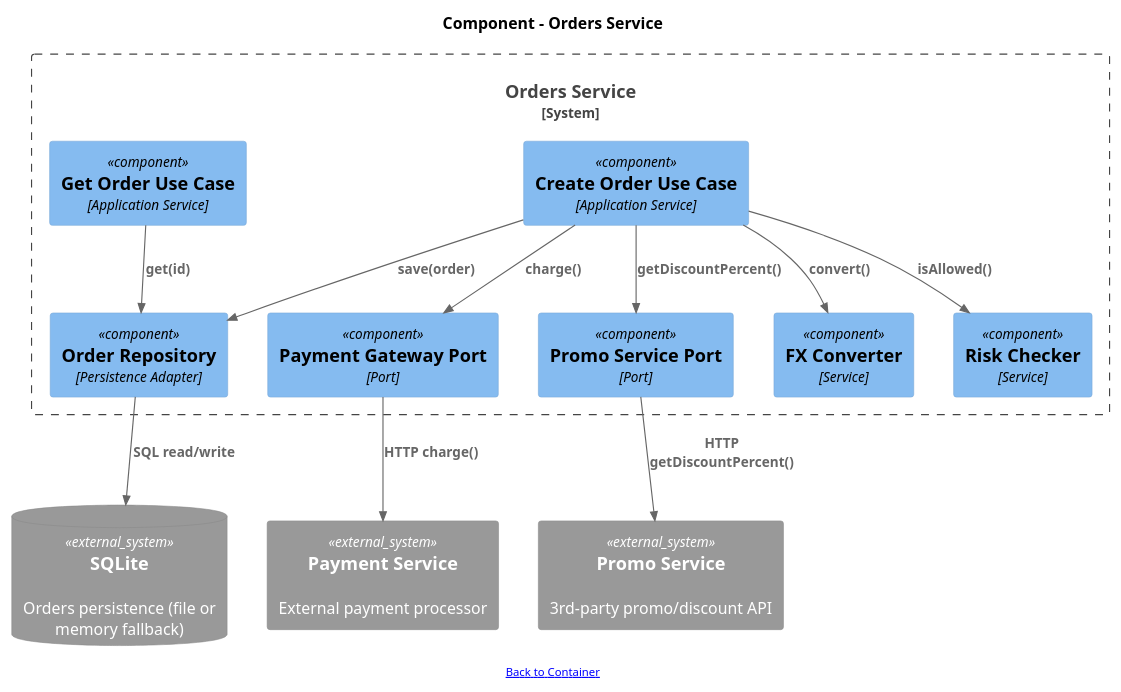
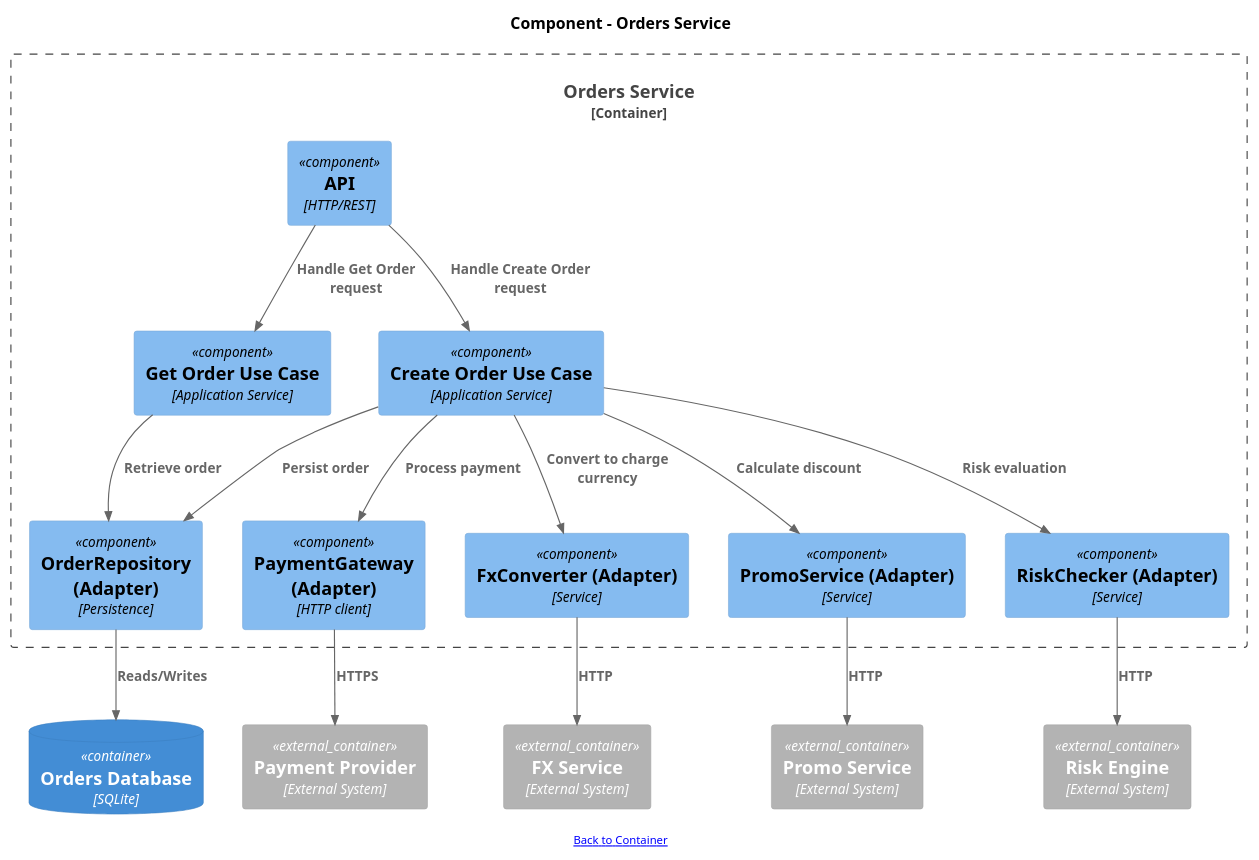
One commit to mundiir/meetup-2025-orders-service changed the diagram in docs/c4-component.puml. Above: the diagram before and after it, drawn with PlantUML. The commit also changed 4 other files, not shown here.

```diff
--- a/docs/c4-component.puml
+++ b/docs/c4-component.puml
@@ -1,37 +1,44 @@
 @startuml
 !includeurl https://raw.githubusercontent.com/plantuml-stdlib/C4-PlantUML/master/C4_Context.puml
 !includeurl https://raw.githubusercontent.com/plantuml-stdlib/C4-PlantUML/master/C4_Component.puml
 
 LAYOUT_TOP_DOWN()
 
 title Component - Orders Service
 
-System_Boundary(orders_sys, "Orders Service") {
-  Component(orders_create, "Create Order Use Case", "Application Service", $link="sequence-create-order.svg")
-  Component(orders_get, "Get Order Use Case", "Application Service", $link="sequence-get-order.svg")
-  Component(orders_repo, "Order Repository", "Persistence Adapter")
-  Component(orders_pay, "Payment Gateway Port", "Port")
-  Component(orders_promo, "Promo Service Port", "Port")
-  Component(orders_fx, "FX Converter", "Service")
-  Component(orders_risk, "Risk Checker", "Service")
+Container_Boundary(orders_cmp, "Orders Service") {
+  Component(orders_api, "API", "HTTP/REST")
+  Component(orders_uc1, "Get Order Use Case", "Application Service", $link="sequence-get-order.svg")
+  Component(orders_app, "Create Order Use Case", "Application Service", $link="sequence-create-order.svg")
+  Component(orders_repo, "OrderRepository (Adapter)", "Persistence", $link="https://github.com/mundiir/meetup-2025-orders-service/tree/main/src/Infrastructure/Persistence")
+  Component(orders_pay, "PaymentGateway (Adapter)", "HTTP client", $link="https://github.com/mundiir/meetup-2025-orders-service/tree/main/src/Infrastructure/Http")
+  Component(orders_fx, "FxConverter (Adapter)", "Service", $link="https://github.com/mundiir/meetup-2025-orders-service/tree/main/src/Infrastructure/Service")
+  Component(orders_promo, "PromoService (Adapter)", "Service", $link="https://github.com/mundiir/meetup-2025-orders-service/tree/main/src/Infrastructure/Service")
+  Component(orders_risk, "RiskChecker (Adapter)", "Service", $link="https://github.com/mundiir/meetup-2025-orders-service/tree/main/src/Infrastructure/Service")
 }
 
-' External dependencies surrounding the microservice
-System_Ext(payment_api, "Payment Service", "External payment processor")
-System_Ext(promo_api, "Promo Service", "3rd‑party promo/discount API")
-SystemDb_Ext(sqlite_db, "SQLite", "Orders persistence (file or memory fallback)", $link="er.svg")
+' External dependencies around the container
+ContainerDb(orders_db, "Orders Database", "SQLite", $link="er.svg")
+Container_Ext(payment_sys, "Payment Provider", "External System")
+Container_Ext(promo_sys, "Promo Service", "External System")
+Container_Ext(fx_sys, "FX Service", "External System")
+Container_Ext(risk_sys, "Risk Engine", "External System")
 
-Rel(orders_create, orders_repo, "save(order)")
-Rel(orders_create, orders_pay, "charge()")
-Rel(orders_create, orders_promo, "getDiscountPercent()")
-Rel(orders_create, orders_fx, "convert()")
-Rel(orders_create, orders_risk, "isAllowed()")
-Rel(orders_get, orders_repo, "get(id)")
+Rel(orders_api, orders_app, "Handle Create Order request")
+Rel(orders_api, orders_uc1, "Handle Get Order request")
+Rel(orders_app, orders_promo, "Calculate discount")
+Rel(orders_app, orders_fx, "Convert to charge currency")
+Rel(orders_app, orders_risk, "Risk evaluation")
+Rel(orders_app, orders_pay, "Process payment")
+Rel(orders_app, orders_repo, "Persist order")
+Rel(orders_uc1, orders_repo, "Retrieve order")
 
-' Adapter → External relations
-Rel(orders_pay, payment_api, "HTTP charge()")
-Rel(orders_promo, promo_api, "HTTP getDiscountPercent()")
-Rel(orders_repo, sqlite_db, "SQL read/write")
+' Adapters talk to external containers
+Rel(orders_repo, orders_db, "Reads/Writes")
+Rel(orders_pay, payment_sys, "HTTPS")
+Rel(orders_promo, promo_sys, "HTTP")
+Rel(orders_fx, fx_sys, "HTTP")
+Rel(orders_risk, risk_sys, "HTTP")
 
 footer [[https://mundiir.github.io/meetup-2025-landscape/c4-containers.svg Back to Container]]
 @enduml
```
